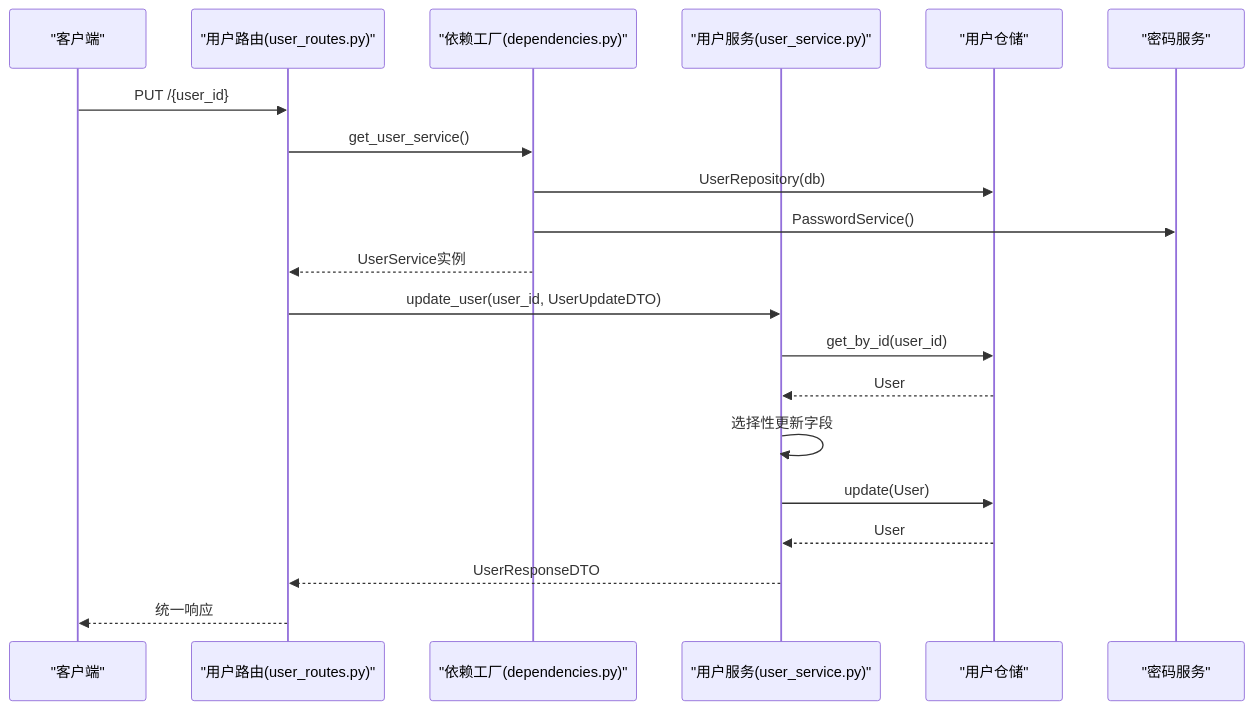
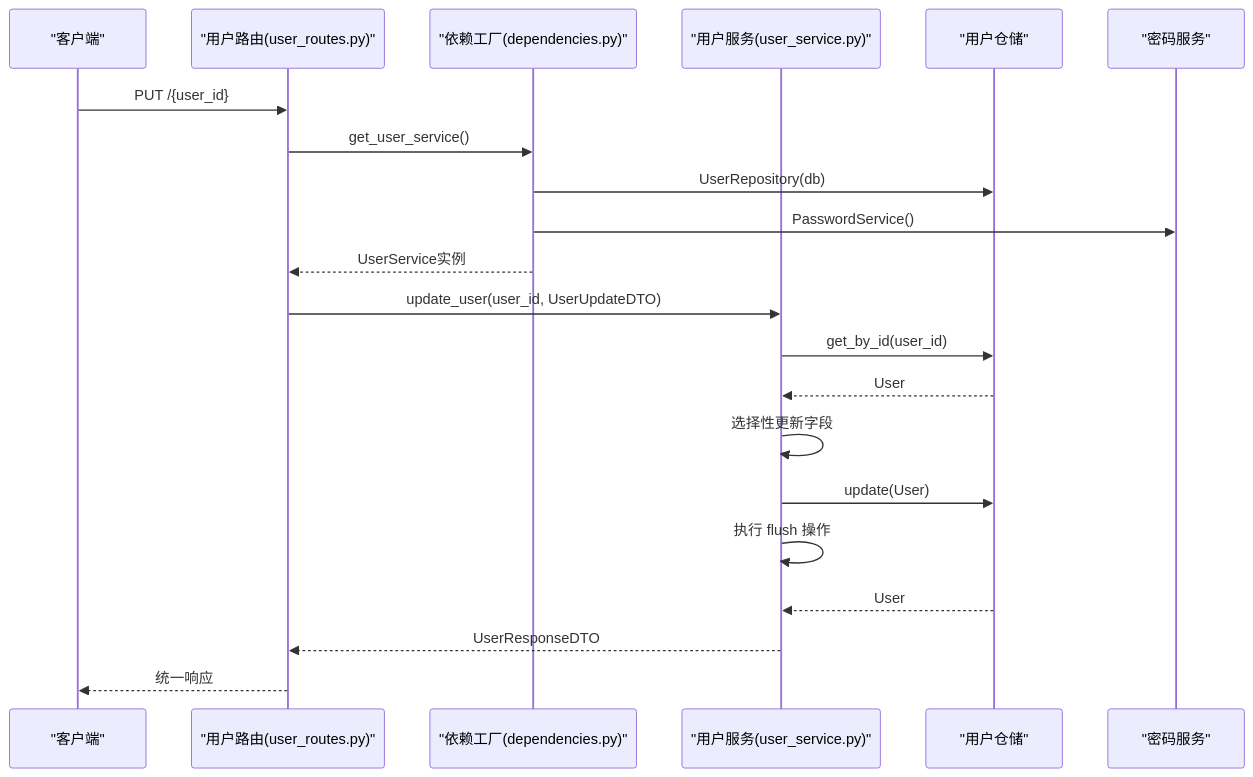
Before and after one commit to taoweidong/Hello-FastApi: the fourth of 7 diagrams in .qoder/repowiki/zh/content/后端架构设计/DDD 分层架构详解/应用层（Services）.md, drawn with Mermaid. The commit also changed other lines of this file and 75 other files, not shown here.

````diff
--- a/.qoder/repowiki/zh/content/后端架构设计/DDD 分层架构详解/应用层（Services）.md
+++ b/.qoder/repowiki/zh/content/后端架构设计/DDD 分层架构详解/应用层（Services）.md
@@ -296,22 +305,23 @@
 ```mermaid
 sequenceDiagram
 participant Client as "客户端"
 participant Router as "用户路由(user_routes.py)"
 participant Factory as "依赖工厂(dependencies.py)"
 participant Service as "用户服务(user_service.py)"
 participant Repo as "用户仓储"
 participant Pass as "密码服务"
 Client->>Router : PUT /{user_id}
 Router->>Factory : get_user_service()
 Factory->>Repo : UserRepository(db)
 Factory->>Pass : PasswordService()
 Factory-->>Router : UserService实例
 Router->>Service : update_user(user_id, UserUpdateDTO)
 Service->>Repo : get_by_id(user_id)
 Repo-->>Service : User
 Service->>Service : 选择性更新字段
 Service->>Repo : update(User)
+Service->>Service : 执行 flush 操作
 Repo-->>Service : User
 Service-->>Router : UserResponseDTO
 Router-->>Client : 统一响应
 ```
````
